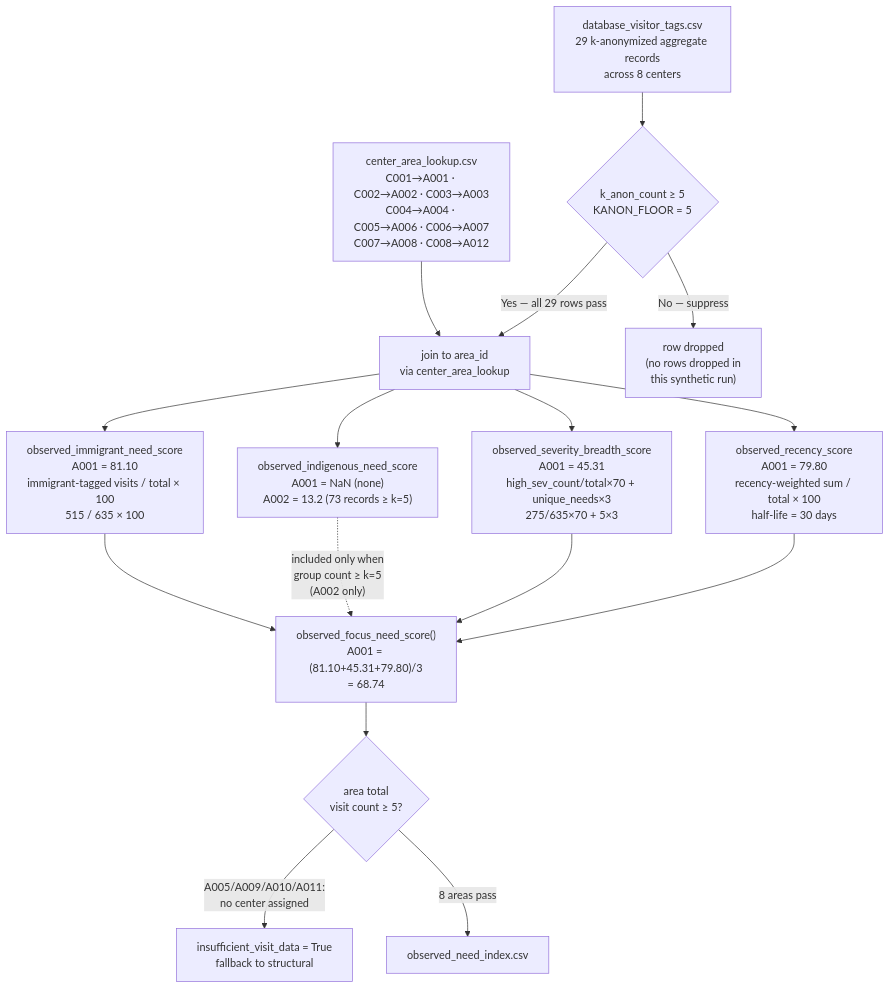
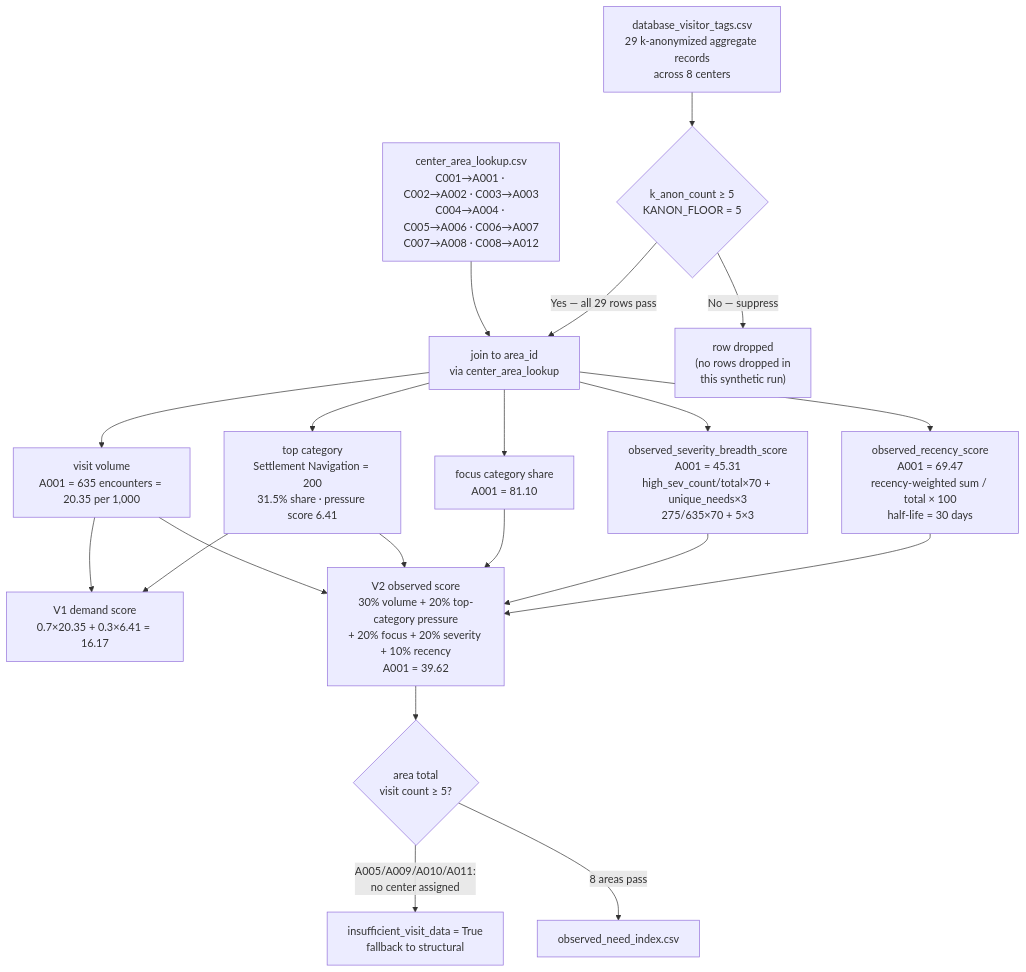
One commit to frondyff/comm_need_radar changed the sixth of 8 diagrams in docs/scoring-metrics-guide.md. Above: the diagram before and after it, drawn with Mermaid. The commit also changed other lines of this file and 13 other files, not shown here.

````diff
--- a/docs/scoring-metrics-guide.md
+++ b/docs/scoring-metrics-guide.md
@@ -310,23 +311,27 @@
 ```mermaid
 flowchart TD
     VT["database_visitor_tags.csv\n29 k-anonymized aggregate records\nacross 8 centers"] --> KFLOOR
     CA["center_area_lookup.csv\nC001→A001 · C002→A002 · C003→A003\nC004→A004 · C005→A006 · C006→A007\nC007→A008 · C008→A012"] --> JOIN
 
     KFLOOR{"k_anon_count ≥ 5\nKANON_FLOOR = 5"}
     KFLOOR -->|"No — suppress"| DROP["row dropped\n(no rows dropped in\nthis synthetic run)"]
     KFLOOR -->|"Yes — all 29 rows pass"| JOIN["join to area_id\nvia center_area_lookup"]
 
-    JOIN --> SUB1["observed_immigrant_need_score\nA001 = 81.10\nimmigrant-tagged visits / total × 100\n515 / 635 × 100"]
-    JOIN --> SUB2["observed_indigenous_need_score\nA001 = NaN (none)\nA002 = 13.2 (73 records ≥ k=5)"]
+    JOIN --> VOL["visit volume\nA001 = 635 encounters = 20.35 per 1,000"]
+    JOIN --> TOP["top category\nSettlement Navigation = 200\n31.5% share · pressure score 6.41"]
+    VOL --> V1["V1 demand score\n0.7×20.35 + 0.3×6.41 = 16.17"]
+    TOP --> V1
+    JOIN --> SUB1["focus category share\nA001 = 81.10"]
     JOIN --> SUB3["observed_severity_breadth_score\nA001 = 45.31\nhigh_sev_count/total×70 + unique_needs×3\n275/635×70 + 5×3"]
-    JOIN --> SUB4["observed_recency_score\nA001 = 79.80\nrecency-weighted sum / total × 100\nhalf-life = 30 days"]
+    JOIN --> SUB4["observed_recency_score\nA001 = 69.47\nrecency-weighted sum / total × 100\nhalf-life = 30 days"]
 
-    SUB1 --> OFS["observed_focus_need_score()\nA001 = (81.10+45.31+79.80)/3\n= 68.74"]
-    SUB2 -.->|"included only when\ngroup count ≥ k=5\n(A002 only)"| OFS
+    VOL --> OFS["V2 observed score\n30% volume + 20% top-category pressure\n+ 20% focus + 20% severity + 10% recency\nA001 = 39.62"]
+    TOP --> OFS
+    SUB1 --> OFS
     SUB3 --> OFS
     SUB4 --> OFS
 
     OFS --> INSUF{"area total\nvisit count ≥ 5?"}
     INSUF -->|"A005/A009/A010/A011:\nno center assigned"| STUB["insufficient_visit_data = True\nfallback to structural"]
     INSUF -->|"8 areas pass"| IDX["observed_need_index.csv"]
 ```
````
